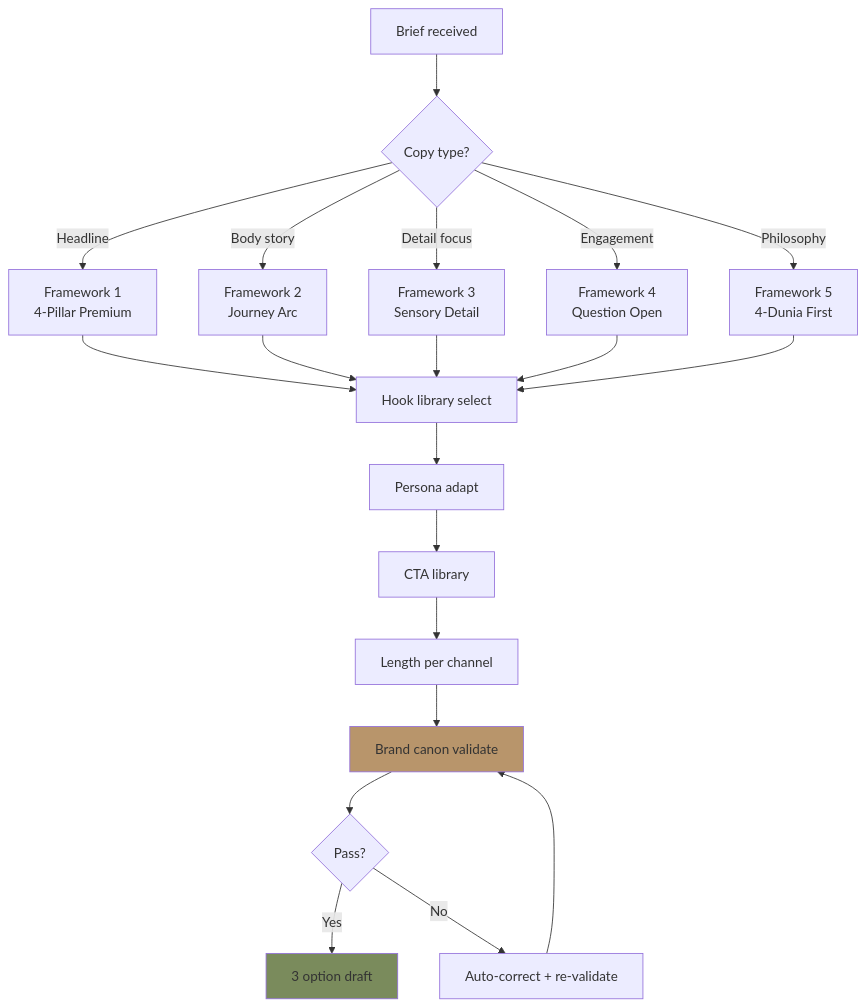
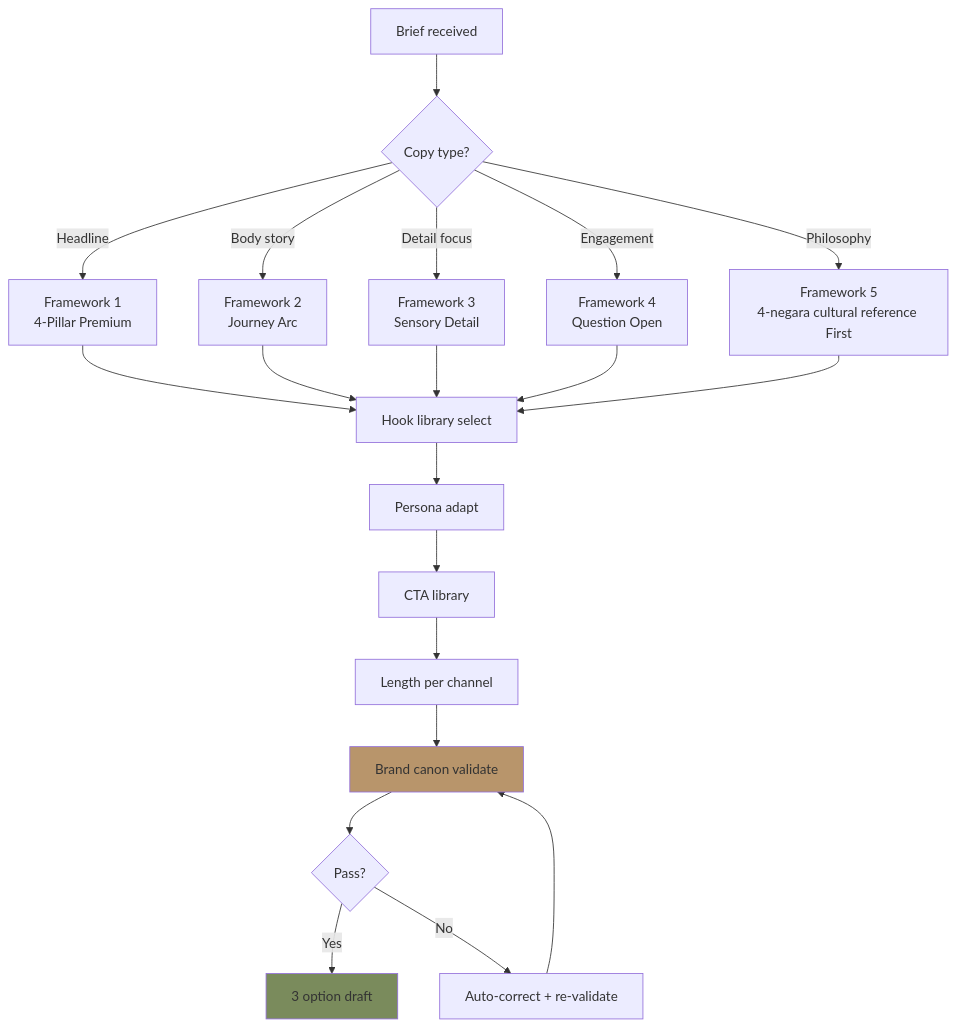
Before and after one commit to MahewAi/Mahew: the first of 2 diagrams in librechat-deploy/skills/cco/copywriting-framework.md, drawn with Mermaid. The commit also changed other lines of this file and 80 other files, not shown here.

````diff
--- a/librechat-deploy/skills/cco/copywriting-framework.md
+++ b/librechat-deploy/skills/cco/copywriting-framework.md
@@ -327,29 +327,29 @@
 ```mermaid
 flowchart TD
     A[Brief received] --> B{Copy type?}
     
     B -->|Headline| C[Framework 1<br/>4-Pillar Premium]
     B -->|Body story| D[Framework 2<br/>Journey Arc]
     B -->|Detail focus| E[Framework 3<br/>Sensory Detail]
     B -->|Engagement| F[Framework 4<br/>Question Open]
-    B -->|Philosophy| G[Framework 5<br/>4-Dunia First]
+    B -->|Philosophy| G[Framework 5<br/>4-negara cultural reference First]
     
     C --> H[Hook library select]
     D --> H
     E --> H
     F --> H
     G --> H
     
     H --> I[Persona adapt]
     I --> J[CTA library]
     J --> K[Length per channel]
     K --> L[Brand canon validate]
     L --> M{Pass?}
     
     M -->|Yes| N[3 option draft]
     M -->|No| O[Auto-correct + re-validate]
     O --> L
     
     style L fill:#B8956B
     style N fill:#7A8B5C
 ```
````
